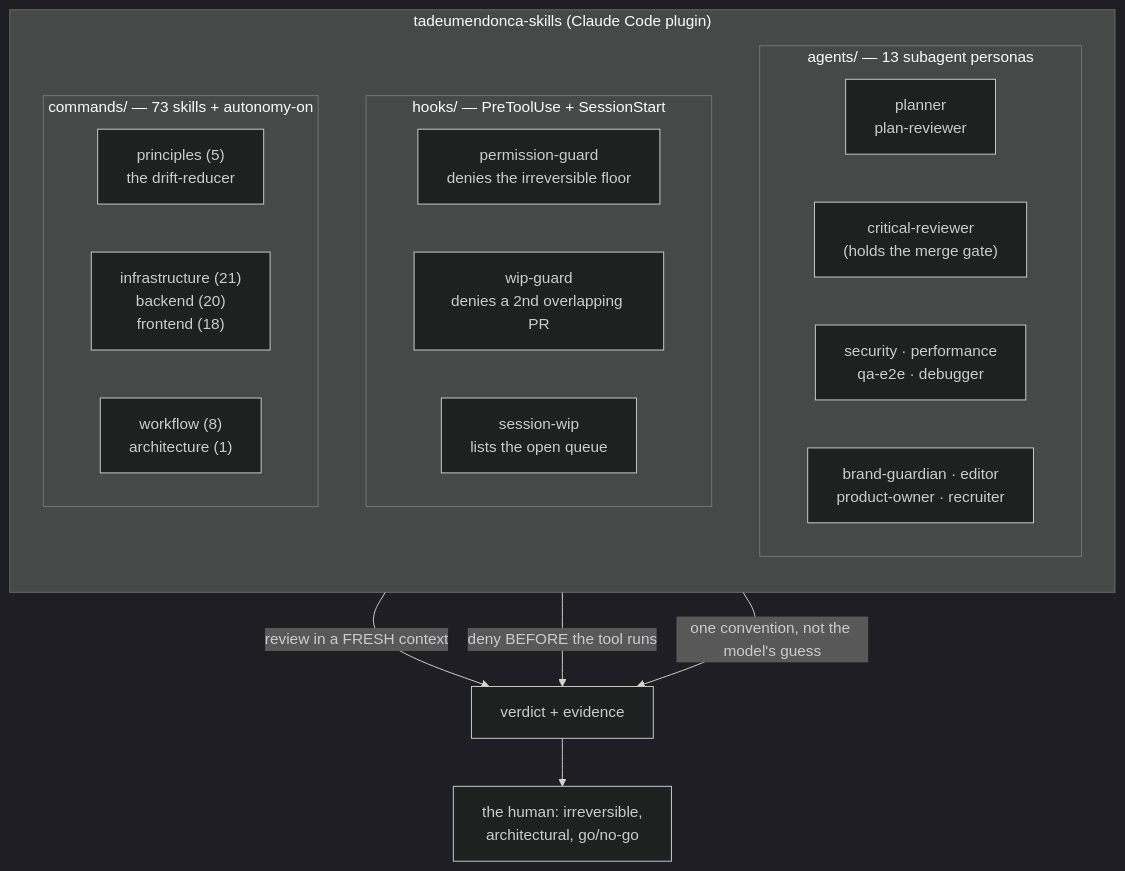
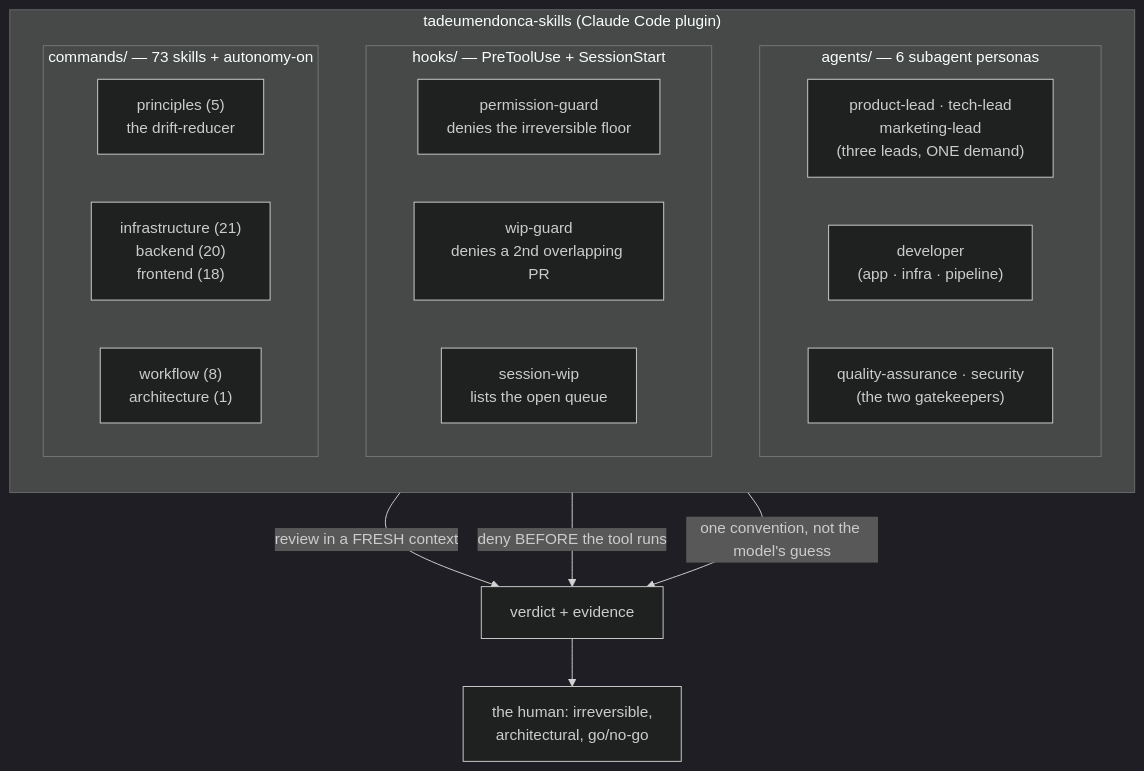
Before and after one commit to tedeuxx/tadeumendonca-skills: the diagram in README.md, drawn with Mermaid (dark theme). The commit also changed other lines of this file and 28 other files, not shown here.

````diff
--- a/README.md
+++ b/README.md
@@ -52,33 +52,32 @@
 ```mermaid
 flowchart TB
   subgraph plugin["tadeumendonca-skills (Claude Code plugin)"]
     direction TB
 
-    subgraph personas["agents/ — 13 subagent personas"]
+    subgraph personas["agents/ — 6 subagent personas"]
       direction LR
-      P1["planner<br/>plan-reviewer"]
-      P2["critical-reviewer<br/>(holds the merge gate)"]
-      P3["security · performance<br/>qa-e2e · debugger"]
-      P4["brand-guardian · editor<br/>product-owner · recruiter"]
+      P1["product-lead · tech-lead<br/>marketing-lead<br/>(three leads, ONE demand)"]
+      P2["developer<br/>(app · infra · pipeline)"]
+      P3["quality-assurance · security<br/>(the two gatekeepers)"]
     end
 
     subgraph hooks["hooks/ — PreToolUse + SessionStart"]
       direction LR
       H1["permission-guard<br/>denies the irreversible floor"]
       H2["wip-guard<br/>denies a 2nd overlapping PR"]
       H3["session-wip<br/>lists the open queue"]
     end
 
     subgraph skills["commands/ — 73 skills + autonomy-on"]
       direction LR
       S1["principles (5)<br/>the drift-reducer"]
       S2["infrastructure (21)<br/>backend (20)<br/>frontend (18)"]
       S3["workflow (8)<br/>architecture (1)"]
     end
   end
 
   personas -->|"review in a FRESH context"| verdict["verdict + evidence"]
   hooks -->|"deny BEFORE the tool runs"| verdict
   skills -->|"one convention, not the model's guess"| verdict
   verdict --> human["the human: irreversible,<br/>architectural, go/no-go"]
 ```
````
